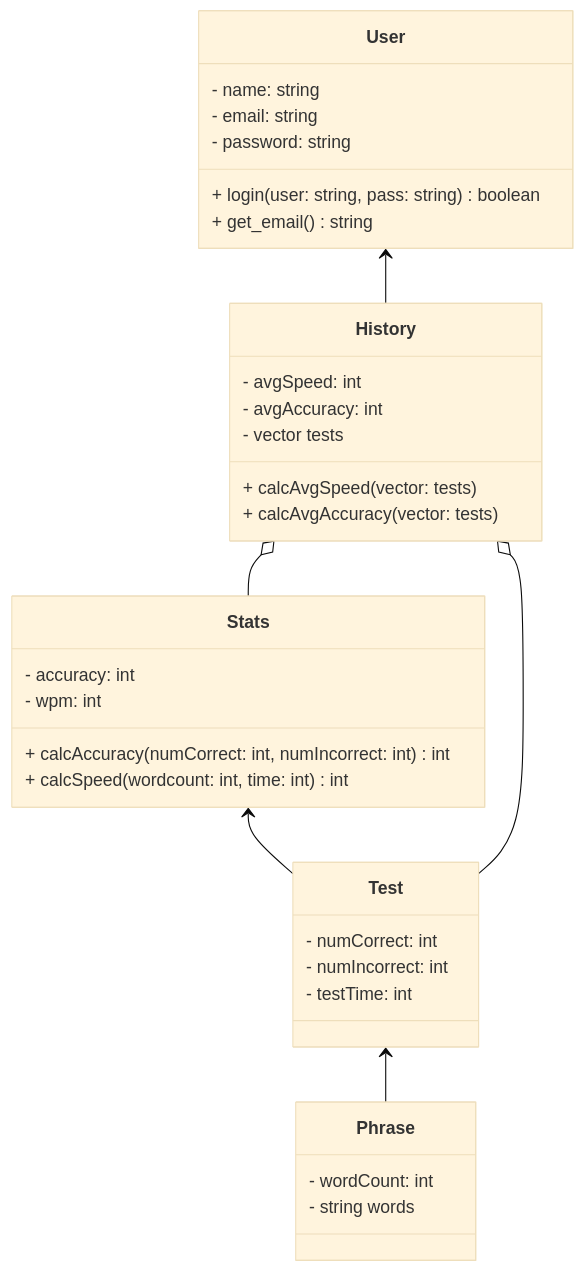
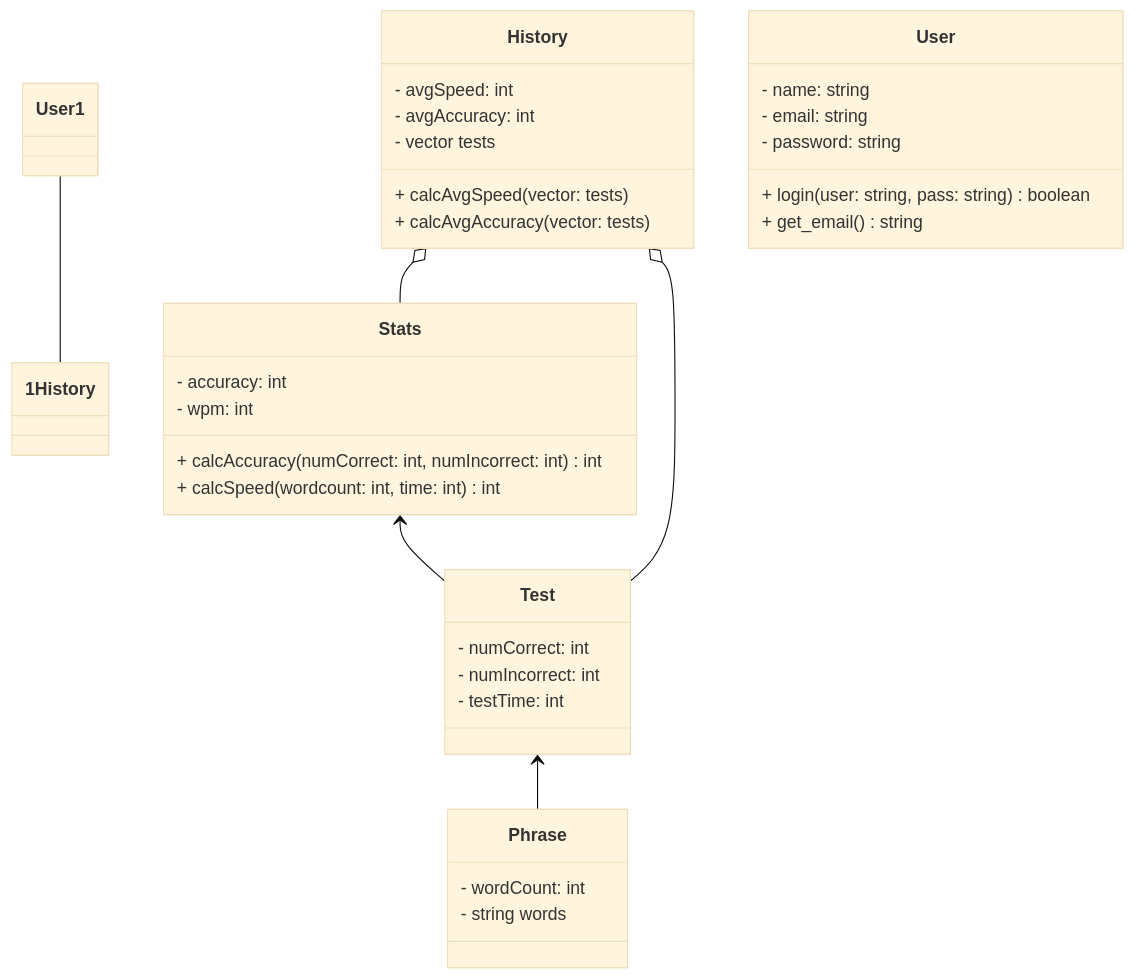
One commit to sbandaya/tippitytappity-design changed the diagram in README.md. Above: the diagram before and after it, drawn with Mermaid (base theme).

````diff
--- a/README.md
+++ b/README.md
@@ -8,40 +8,40 @@
 ```mermaid
 classDiagram
   Stats <-- Test
   Test <-- Phrase
-  User <-- History
+  User 1--1 History
   History o-- Stats
   History o-- Test
 
   class User{
         - name: string
         - email: string
         - password: string
         + login(user: string, pass: string) boolean
         + get_email() string
         
   }
   class Stats{
         - accuracy: int
         - wpm: int
         + calcAccuracy( numCorrect: int, numIncorrect: int) int
         + calcSpeed( wordcount: int, time: int) int
   }
   class Phrase{
         - wordCount: int
         - string words
   }
   class Test{
         - numCorrect: int
         - numIncorrect: int
         - testTime: int
   }
   class History{
         - avgSpeed: int
         - avgAccuracy: int
         - vector<Test> tests 
         + calcAvgSpeed(vector<Test>: tests )
         + calcAvgAccuracy(vector<Test>: tests)
   }
   
 ```
````
